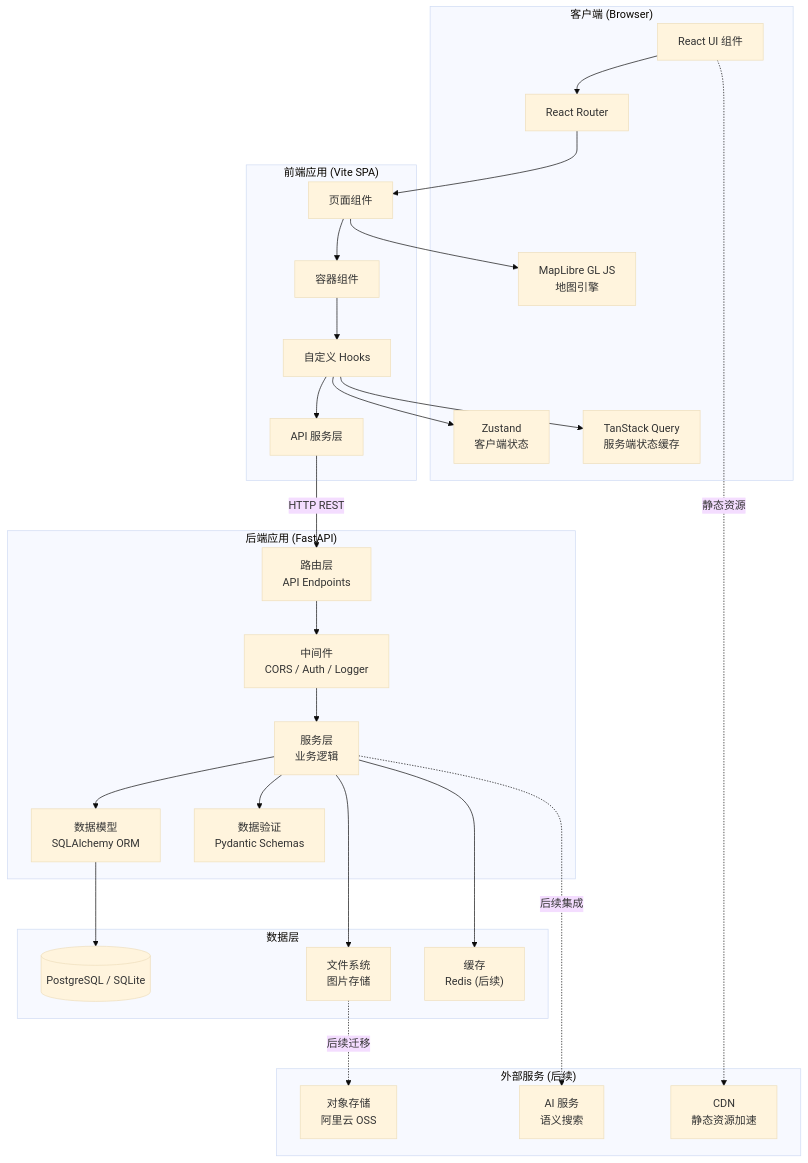
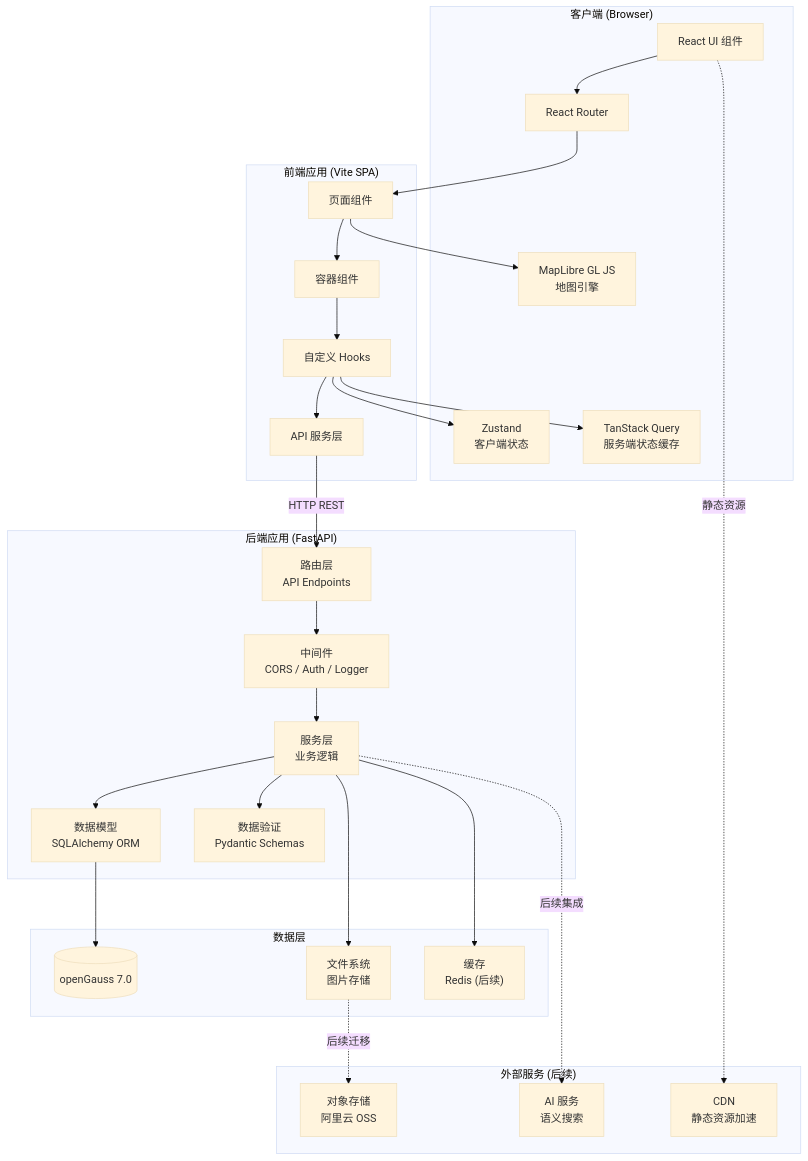
Before and after one commit to ChadBi/moment-campus-opengauss: the diagram in docs/11_technical_architecture.md, drawn with Mermaid (base theme). The commit also changed other lines of this file and 17 other files, not shown here.

````diff
--- a/docs/11_technical_architecture.md
+++ b/docs/11_technical_architecture.md
@@ -66,60 +65,60 @@
 ```mermaid
 graph TD
     subgraph 客户端["客户端 (Browser)"]
         UI["React UI 组件"]
         Router["React Router"]
         Zustand["Zustand<br/>客户端状态"]
         TQ["TanStack Query<br/>服务端状态缓存"]
         MapLibre["MapLibre GL JS<br/>地图引擎"]
     end
 
     subgraph 前端应用["前端应用 (Vite SPA)"]
         Pages["页面组件"]
         Containers["容器组件"]
         Hooks["自定义 Hooks"]
         Services["API 服务层"]
     end
 
     subgraph 后端应用["后端应用 (FastAPI)"]
         Router2["路由层<br/>API Endpoints"]
         Middleware["中间件<br/>CORS / Auth / Logger"]
         Services2["服务层<br/>业务逻辑"]
         Models["数据模型<br/>SQLAlchemy ORM"]
         Schemas["数据验证<br/>Pydantic Schemas"]
     end
 
     subgraph 数据层["数据层"]
-        DB[(PostgreSQL / SQLite)]
+        DB[(openGauss 7.0)]
         FS["文件系统<br/>图片存储"]
         Cache["缓存<br/>Redis (后续)"]
     end
 
     subgraph 外部服务["外部服务 (后续)"]
         OSS["对象存储<br/>阿里云 OSS"]
         AI["AI 服务<br/>语义搜索"]
         CDN["CDN<br/>静态资源加速"]
     end
 
     UI --> Router
     Router --> Pages
     Pages --> Containers
     Containers --> Hooks
     Hooks --> Zustand
     Hooks --> TQ
     Pages --> MapLibre
     Hooks --> Services
 
     Services -->|HTTP REST| Router2
     Router2 --> Middleware
     Middleware --> Services2
     Services2 --> Models
     Services2 --> Schemas
 
     Models --> DB
     Services2 --> FS
     Services2 --> Cache
 
     FS -.->|后续迁移| OSS
     Services2 -.->|后续集成| AI
     UI -.->|静态资源| CDN
 ```
````
